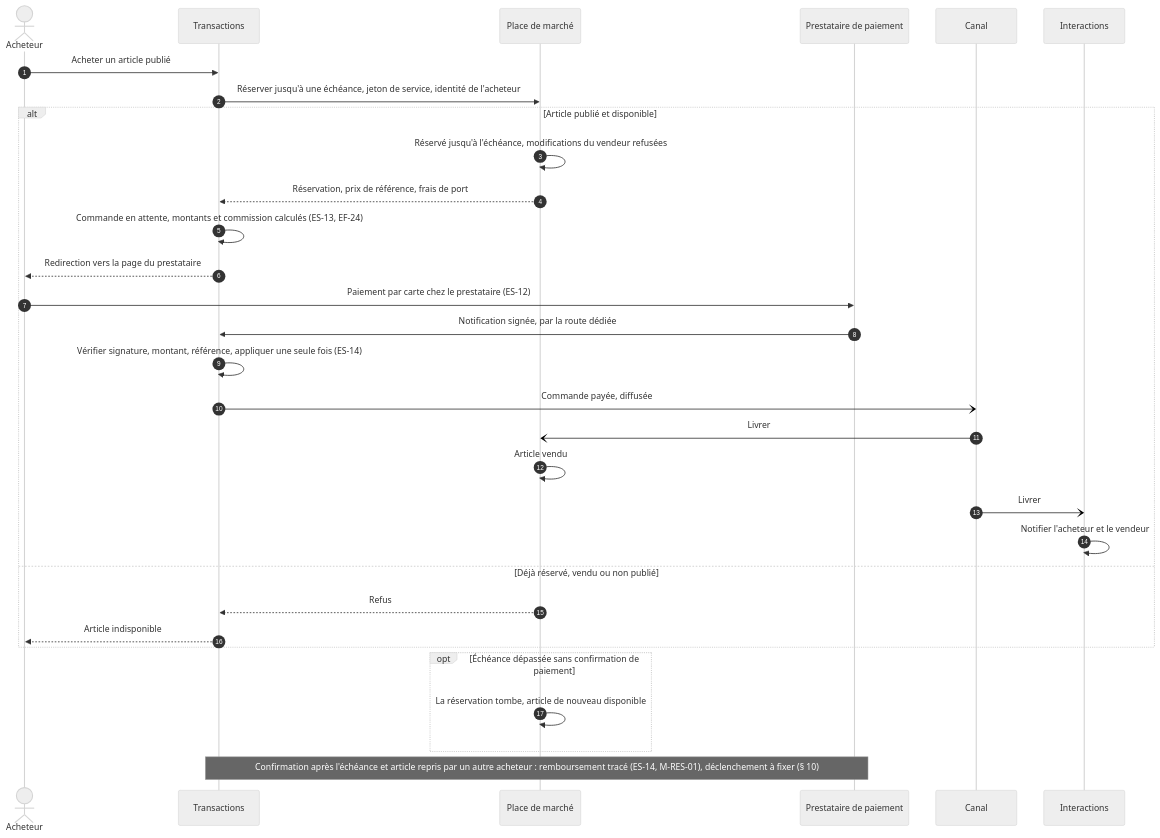
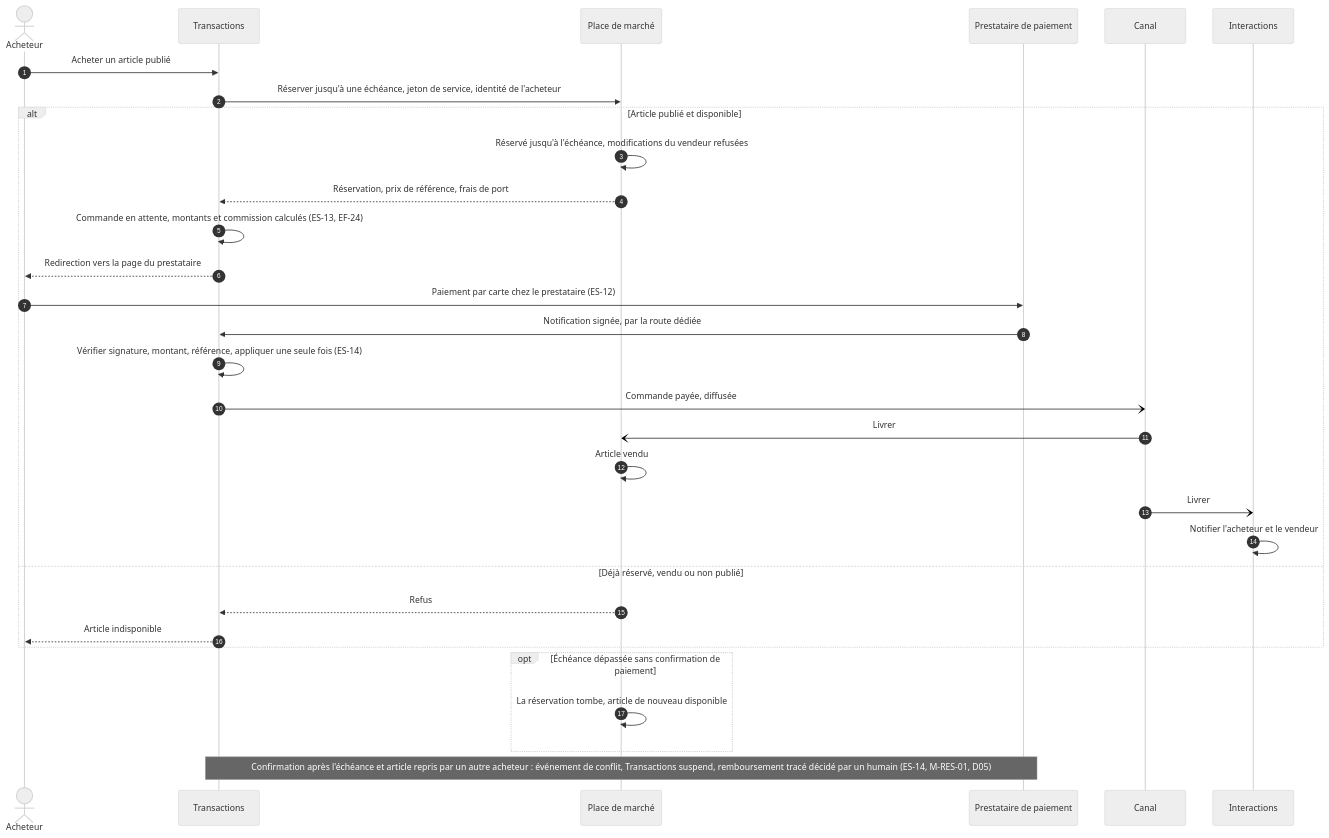
The fourth of 4 diagrams in docs/architecture/architecture-technique.md (QVL-Collector/collector), drawn with Mermaid (neutral theme) before and after one commit. The commit also changed other lines of this file and 5 other files, not shown here.

Commit message:
docs(architecture): publish technical architecture v1.0 with diagrams

````diff
--- a/docs/architecture/architecture-technique.md
+++ b/docs/architecture/architecture-technique.md
@@ -414,34 +305,34 @@
 ```mermaid
 sequenceDiagram
   autonumber
   actor AC as Acheteur
   participant TR as Transactions
   participant PL as Place de marché
   participant PS as Prestataire de paiement
   participant CA as Canal
   participant IN as Interactions
 
   AC->>TR: Acheter un article publié
   TR->>PL: Réserver jusqu'à une échéance, jeton de service, identité de l'acheteur
   alt Article publié et disponible
     PL->>PL: Réservé jusqu'à l'échéance, modifications du vendeur refusées
     PL-->>TR: Réservation, prix de référence, frais de port
     TR->>TR: Commande en attente, montants et commission calculés (ES-13, EF-24)
     TR-->>AC: Redirection vers la page du prestataire
     AC->>PS: Paiement par carte chez le prestataire (ES-12)
     PS->>TR: Notification signée, par la route dédiée
     TR->>TR: Vérifier signature, montant, référence, appliquer une seule fois (ES-14)
     TR-)CA: Commande payée, diffusée
     CA-)PL: Livrer
     PL->>PL: Article vendu
     CA-)IN: Livrer
     IN->>IN: Notifier l'acheteur et le vendeur
   else Déjà réservé, vendu ou non publié
     PL-->>TR: Refus
     TR-->>AC: Article indisponible
   end
   opt Échéance dépassée sans confirmation de paiement
     PL->>PL: La réservation tombe, article de nouveau disponible
   end
-  Note over TR,PS: Confirmation après l'échéance et article repris par un autre acheteur : remboursement tracé (ES-14, M-RES-01), déclenchement à fixer (§ 10)
+  Note over TR,PS: Confirmation après l'échéance et article repris par un autre acheteur : événement de conflit, Transactions suspend, remboursement tracé décidé par un humain (ES-14, M-RES-01, D05)
 ```
````
